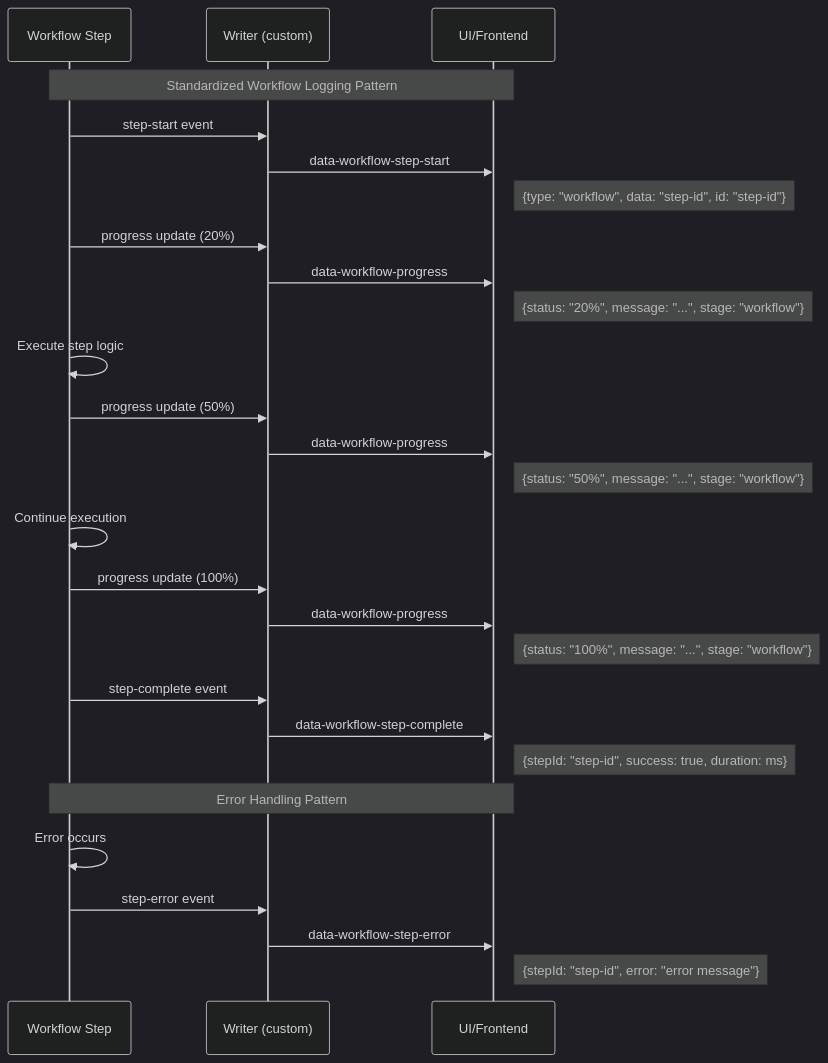
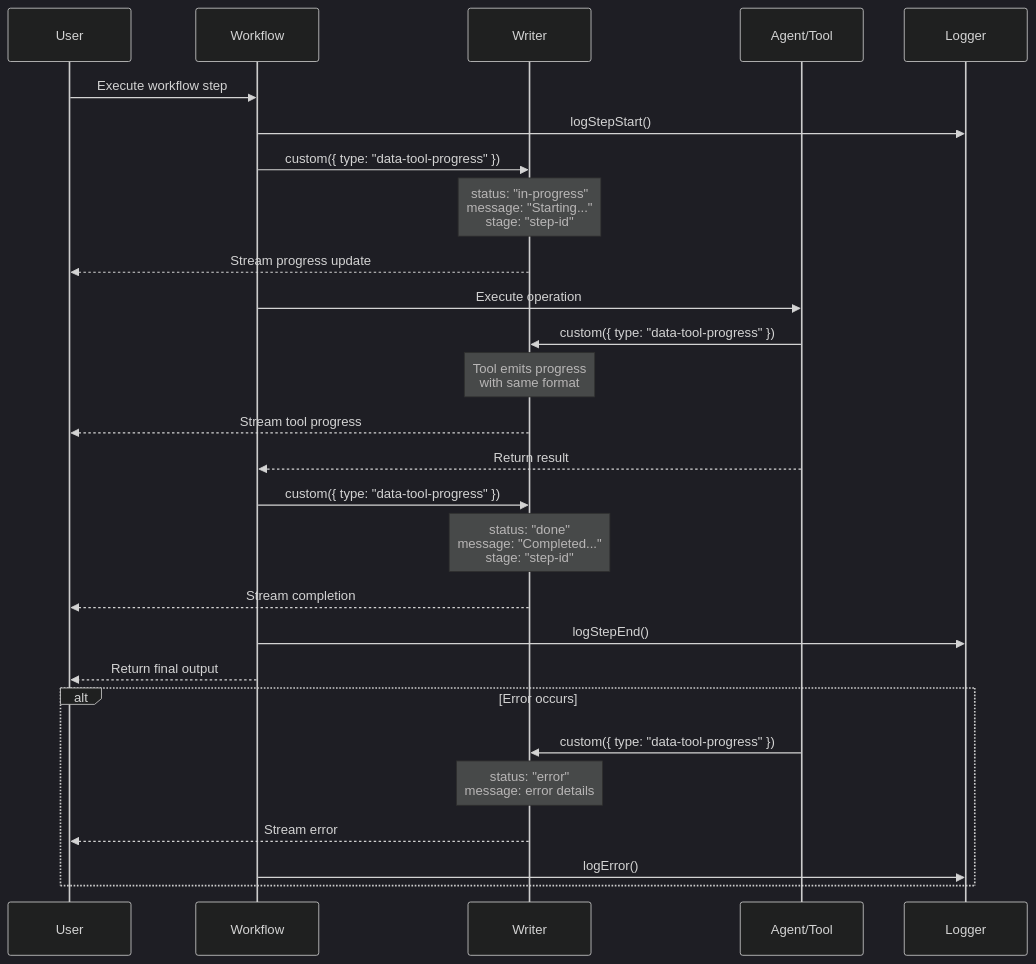
The second of 6 diagrams in README.md (ssdeanx/AgentStack), drawn with Mermaid before and after one commit. The commit also changed other lines of this file and 2 other files, not shown here.

Commit message:
chore: update dependencies in package.json and package-lock.json
- Bump @dotenvx/dotenvx from ^1.51.1 to ^1.51.2
- Bump @mcpc-tech/acp-ai-provider from ^0.1.37 to ^0.1.41
- Bump shiki from ^3.19.0 to ^3.20.0
- Bump eslint from ^9.39.1 to ^9.39.2

````diff
--- a/README.md
+++ b/README.md
@@ -139,40 +139,37 @@
 ```mermaid
 %%{init: {'theme': 'dark', 'themeVariables': { 'primaryColor': '#58a6ff', 'primaryTextColor': '#c9d1d9', 'primaryBorderColor': '#30363d', 'lineColor': '#58a6ff', 'sectionBkgColor': '#161b22', 'altSectionBkgColor': '#0d1117', 'sectionTextColor': '#c9d1d9', 'gridColor': '#30363d', 'tertiaryColor': '#161b22' }}}%%
 sequenceDiagram
-    participant W as Workflow Step
-    participant Writer as Writer (custom)
-    participant UI as UI/Frontend
+    participant User
+    participant Workflow
+    participant Writer
+    participant Agent/Tool
+    participant Logger
+
+    User->>Workflow: Execute workflow step
+    Workflow->>Logger: logStepStart()
     
-    Note over W,UI: Standardized Workflow Logging Pattern
+    Workflow->>Writer: custom({ type: "data-tool-progress" })
+    Note over Writer: status: "in-progress"<br/>message: "Starting..."<br/>stage: "step-id"
+    Writer-->>User: Stream progress update
     
-    W->>Writer: step-start event
-    Writer->>UI: data-workflow-step-start
-    Note right of UI: {type: "workflow", data: "step-id", id: "step-id"}
+    Workflow->>Agent/Tool: Execute operation
+    Agent/Tool->>Writer: custom({ type: "data-tool-progress" })
+    Note over Writer: Tool emits progress<br/>with same format
+    Writer-->>User: Stream tool progress
     
-    W->>Writer: progress update (20%)
-    Writer->>UI: data-workflow-progress
-    Note right of UI: {status: "20%", message: "...", stage: "workflow"}
+    Agent/Tool-->>Workflow: Return result
     
-    W->>W: Execute step logic
+    Workflow->>Writer: custom({ type: "data-tool-progress" })
+    Note over Writer: status: "done"<br/>message: "Completed..."<br/>stage: "step-id"
+    Writer-->>User: Stream completion
     
-    W->>Writer: progress update (50%)
-    Writer->>UI: data-workflow-progress
-    Note right of UI: {status: "50%", message: "...", stage: "workflow"}
+    Workflow->>Logger: logStepEnd()
+    Workflow-->>User: Return final output
     
-    W->>W: Continue execution
-    
-    W->>Writer: progress update (100%)
-    Writer->>UI: data-workflow-progress
-    Note right of UI: {status: "100%", message: "...", stage: "workflow"}
-    
-    W->>Writer: step-complete event
-    Writer->>UI: data-workflow-step-complete
-    Note right of UI: {stepId: "step-id", success: true, duration: ms}
-    
-    Note over W,UI: Error Handling Pattern
-    
-    W->>W: Error occurs
-    W->>Writer: step-error event
-    Writer->>UI: data-workflow-step-error
-    Note right of UI: {stepId: "step-id", error: "error message"}
+    alt Error occurs
+        Agent/Tool->>Writer: custom({ type: "data-tool-progress" })
+        Note over Writer: status: "error"<br/>message: error details
+        Writer-->>User: Stream error
+        Workflow->>Logger: logError()
+    end
 ```
````
